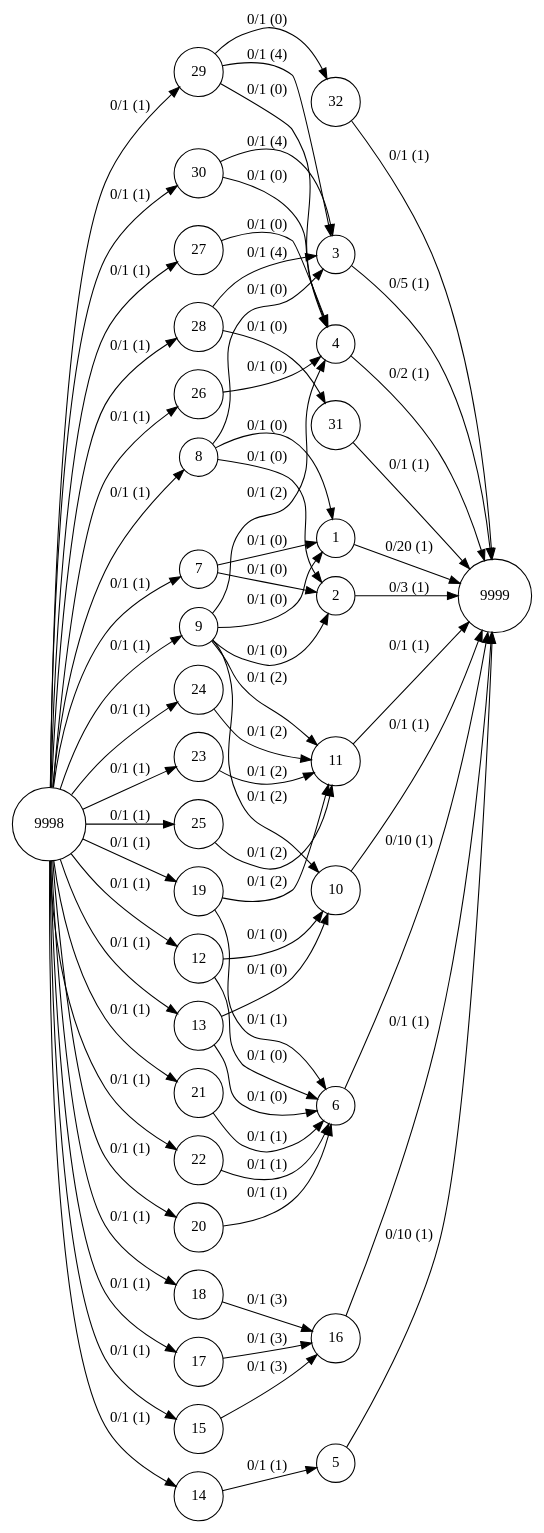
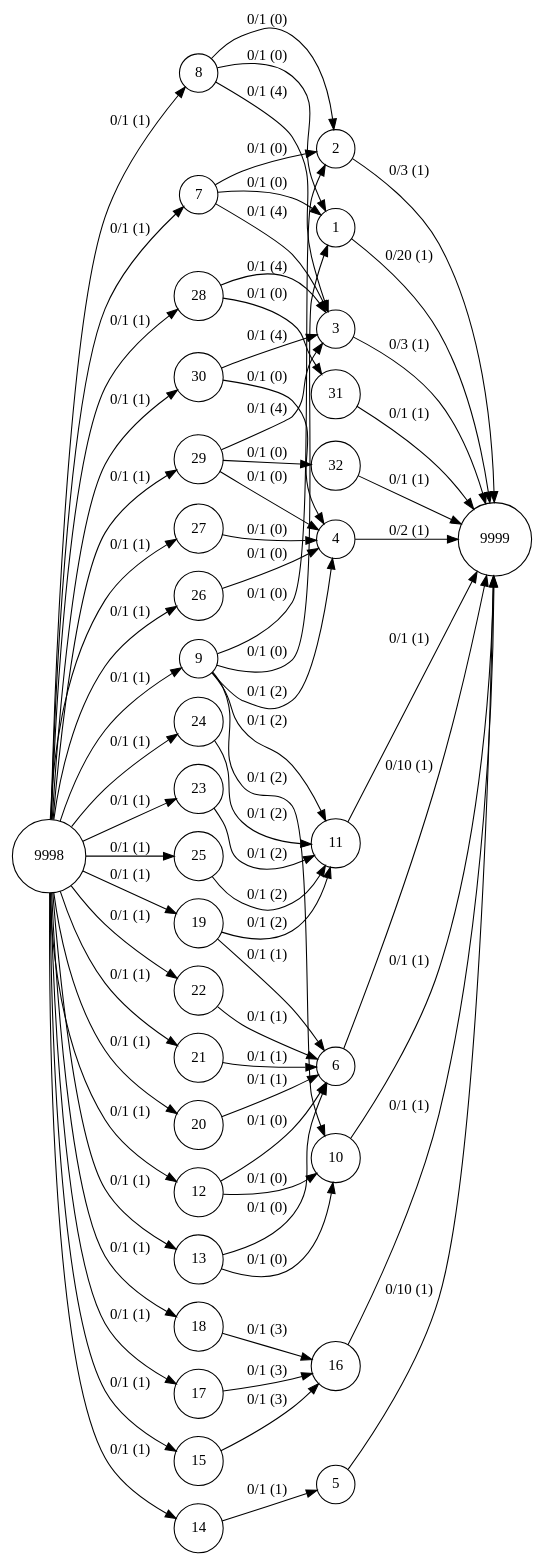
The diagram in graphs/bipartite.bprtt.dot (aurelienmichaud/ocaml-ford-fulkerson), drawn with Graphviz before and after one commit. The commit also changed 5 other files, not shown here.

```diff
--- a/graphs/bipartite.bprtt.dot
+++ b/graphs/bipartite.bprtt.dot
@@ -1,71 +1,72 @@
 digraph finite_state_machine {
 	rankdir=LR;
 	node [shape = circle];
-	29 -> 4 [ label = "0/1 (0)" ];
-	29 -> 32 [ label = "0/1 (0)" ];
-	29 -> 3 [ label = "0/1 (4)" ];
+	8 -> 3 [ label = "0/1 (4)" ];
+	8 -> 2 [ label = "0/1 (0)" ];
+	8 -> 1 [ label = "0/1 (0)" ];
+	9998 -> 8 [ label = "0/1 (1)" ];
+	9998 -> 7 [ label = "0/1 (1)" ];
 	9998 -> 29 [ label = "0/1 (1)" ];
 	9998 -> 30 [ label = "0/1 (1)" ];
 	9998 -> 28 [ label = "0/1 (1)" ];
 	9998 -> 27 [ label = "0/1 (1)" ];
 	9998 -> 26 [ label = "0/1 (1)" ];
 	9998 -> 25 [ label = "0/1 (1)" ];
 	9998 -> 24 [ label = "0/1 (1)" ];
 	9998 -> 23 [ label = "0/1 (1)" ];
 	9998 -> 19 [ label = "0/1 (1)" ];
 	9998 -> 22 [ label = "0/1 (1)" ];
 	9998 -> 21 [ label = "0/1 (1)" ];
 	9998 -> 20 [ label = "0/1 (1)" ];
 	9998 -> 18 [ label = "0/1 (1)" ];
 	9998 -> 17 [ label = "0/1 (1)" ];
 	9998 -> 15 [ label = "0/1 (1)" ];
 	9998 -> 14 [ label = "0/1 (1)" ];
 	9998 -> 13 [ label = "0/1 (1)" ];
 	9998 -> 12 [ label = "0/1 (1)" ];
 	9998 -> 9 [ label = "0/1 (1)" ];
-	9998 -> 8 [ label = "0/1 (1)" ];
-	9998 -> 7 [ label = "0/1 (1)" ];
+	7 -> 3 [ label = "0/1 (4)" ];
+	7 -> 2 [ label = "0/1 (0)" ];
+	7 -> 1 [ label = "0/1 (0)" ];
+	29 -> 4 [ label = "0/1 (0)" ];
+	29 -> 32 [ label = "0/1 (0)" ];
+	29 -> 3 [ label = "0/1 (4)" ];
 	30 -> 4 [ label = "0/1 (0)" ];
 	30 -> 3 [ label = "0/1 (4)" ];
 	32 -> 9999 [ label = "0/1 (1)" ];
 	31 -> 9999 [ label = "0/1 (1)" ];
 	28 -> 31 [ label = "0/1 (0)" ];
 	28 -> 3 [ label = "0/1 (4)" ];
 	27 -> 4 [ label = "0/1 (0)" ];
 	26 -> 4 [ label = "0/1 (0)" ];
 	25 -> 11 [ label = "0/1 (2)" ];
 	24 -> 11 [ label = "0/1 (2)" ];
 	23 -> 11 [ label = "0/1 (2)" ];
 	19 -> 11 [ label = "0/1 (2)" ];
 	19 -> 6 [ label = "0/1 (1)" ];
 	22 -> 6 [ label = "0/1 (1)" ];
 	21 -> 6 [ label = "0/1 (1)" ];
 	20 -> 6 [ label = "0/1 (1)" ];
 	16 -> 9999 [ label = "0/1 (1)" ];
 	18 -> 16 [ label = "0/1 (3)" ];
 	17 -> 16 [ label = "0/1 (3)" ];
 	15 -> 16 [ label = "0/1 (3)" ];
 	14 -> 5 [ label = "0/1 (1)" ];
 	13 -> 6 [ label = "0/1 (0)" ];
 	13 -> 10 [ label = "0/1 (0)" ];
 	12 -> 6 [ label = "0/1 (0)" ];
 	12 -> 10 [ label = "0/1 (0)" ];
 	11 -> 9999 [ label = "0/1 (1)" ];
 	10 -> 9999 [ label = "0/1 (1)" ];
 	9 -> 11 [ label = "0/1 (2)" ];
 	9 -> 10 [ label = "0/1 (2)" ];
 	9 -> 4 [ label = "0/1 (2)" ];
 	9 -> 2 [ label = "0/1 (0)" ];
 	9 -> 1 [ label = "0/1 (0)" ];
-	8 -> 3 [ label = "0/1 (0)" ];
-	8 -> 2 [ label = "0/1 (0)" ];
-	8 -> 1 [ label = "0/1 (0)" ];
-	7 -> 2 [ label = "0/1 (0)" ];
-	7 -> 1 [ label = "0/1 (0)" ];
 	6 -> 9999 [ label = "0/10 (1)" ];
 	5 -> 9999 [ label = "0/10 (1)" ];
 	4 -> 9999 [ label = "0/2 (1)" ];
-	3 -> 9999 [ label = "0/5 (1)" ];
+	3 -> 9999 [ label = "0/3 (1)" ];
 	2 -> 9999 [ label = "0/3 (1)" ];
 	1 -> 9999 [ label = "0/20 (1)" ];
 }
```
